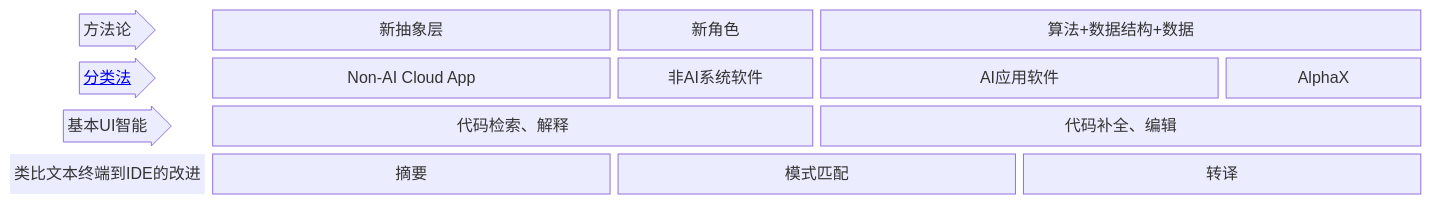
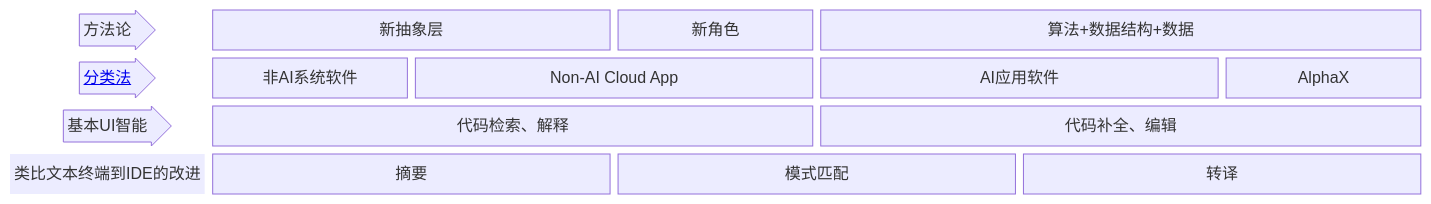
One commit to AI-LLM/ai4se_white_paper changed the diagram in README.md. Above: the diagram before and after it, drawn with Mermaid. The commit also changed other lines of this file, not shown here.

````diff
--- a/README.md
+++ b/README.md
@@ -4,22 +4,22 @@
 ```mermaid
 block-beta
   columns 7
 
     A<["方法论"]>(right):1
     B1["新抽象层"]:2
     B2["新角色"]:1
     C["算法+数据结构+数据"]:3
     D<["<a href='https://ai-llm.github.io/ai4se_white_paper/taxonomy/index.html'>分类法</a>"]>(right)
+    E2["非AI系统软件"]:1
     E1["Non-AI Cloud App"]:2
-    E2["非AI系统软件"]:1
     F1["AI应用软件"]:2
     F2["AlphaX"]:1
     G<["基本UI智能"]>(right):1
     H["代码检索、解释"]:3
     I["代码补全、编辑"]:3
     comment1["类比文本终端到IDE的改进"]
     style comment1 fill:rgb(0,0,0,0),stroke:rgb(0,0,0,0),stroke-width:0
     K["摘要"]:2
     J["模式匹配"]:2
     L["转译"]:2
 ```
````
